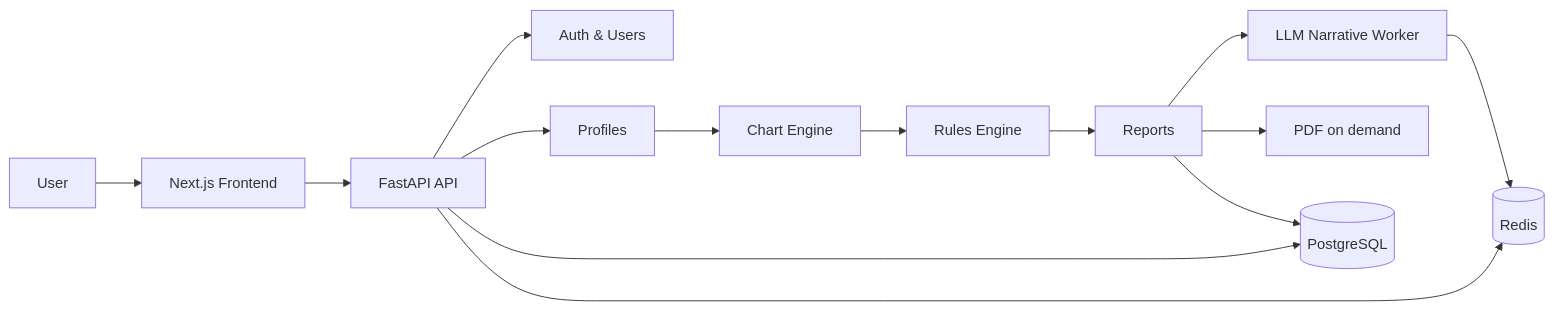
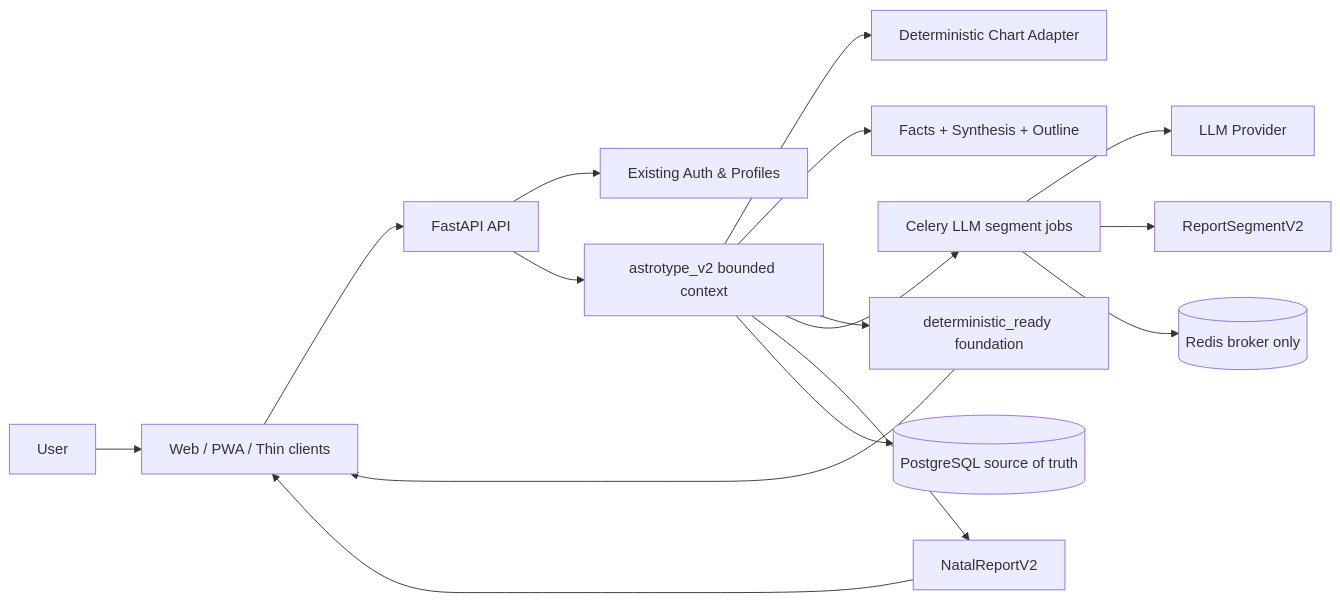
The diagram in README.md (fixemer90-stack/Archemap), drawn with Mermaid before and after one commit. The commit also changed other lines of this file and 328 other files, not shown here.

Commit message:
Document Astrotype v2 cloud core roadmap

````diff
--- a/README.md
+++ b/README.md
@@ -83,16 +79,18 @@
 ```mermaid
 graph LR
-    U[User] --> FE[Next.js Frontend]
+    U[User] --> FE[Web / PWA / Thin clients]
     FE --> API[FastAPI API]
-    API --> AUTH[Auth & Users]
-    API --> PROF[Profiles]
-    PROF --> CHART[Chart Engine]
-    CHART --> RULES[Rules Engine]
-    RULES --> REPORTS[Reports]
-    REPORTS --> NARR[LLM Narrative Worker]
-    REPORTS --> PDF[PDF on demand]
-    REPORTS --> PG[(PostgreSQL)]
-    API --> PG
-    API --> REDIS[(Redis)]
-    NARR --> REDIS
+    API --> AUTH[Existing Auth & Profiles]
+    API --> V2[astrotype_v2 bounded context]
+    V2 --> CHART[Deterministic Chart Adapter]
+    V2 --> FACTS[Facts + Synthesis + Outline]
+    V2 --> FOUNDATION[deterministic_ready foundation]
+    V2 --> JOBS[Celery LLM segment jobs]
+    JOBS --> LLM[LLM Provider]
+    JOBS --> SEGMENTS[ReportSegmentV2]
+    V2 --> REPORT[NatalReportV2]
+    V2 --> PG[(PostgreSQL source of truth)]
+    JOBS --> REDIS[(Redis broker only)]
+    FOUNDATION --> FE
+    REPORT --> FE
 ```
````
